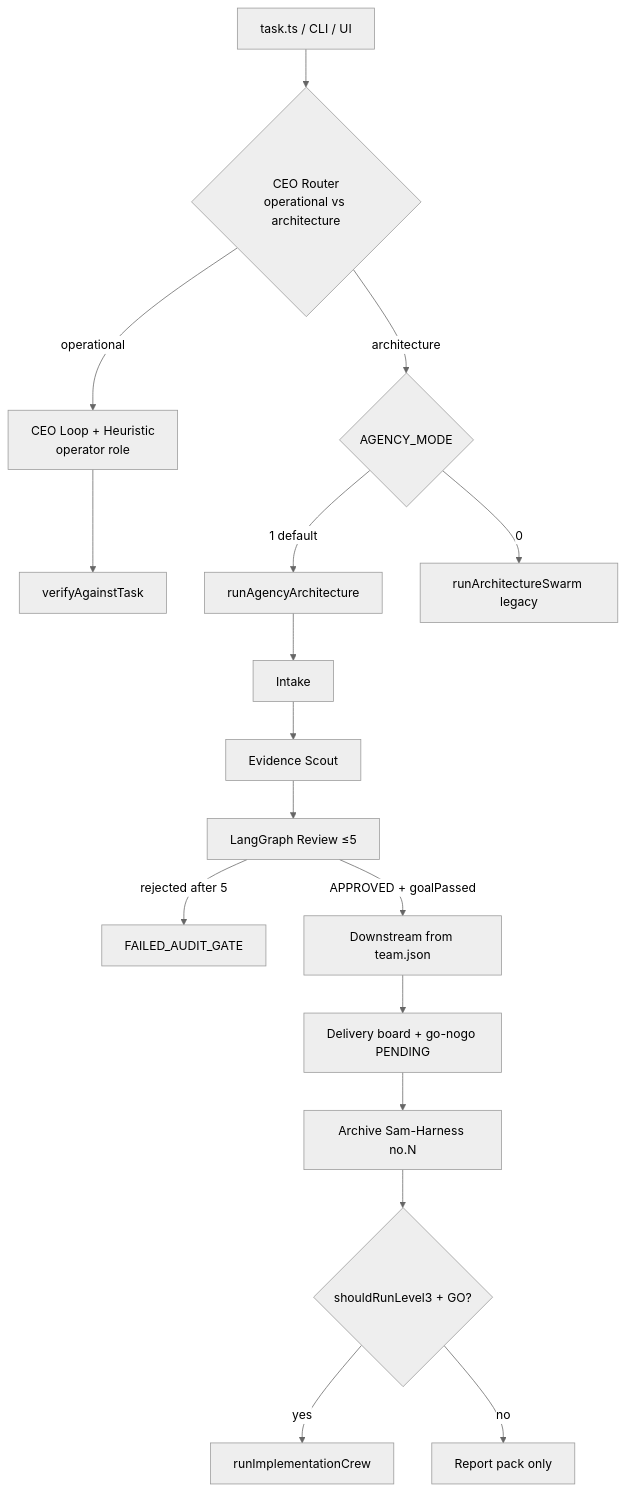
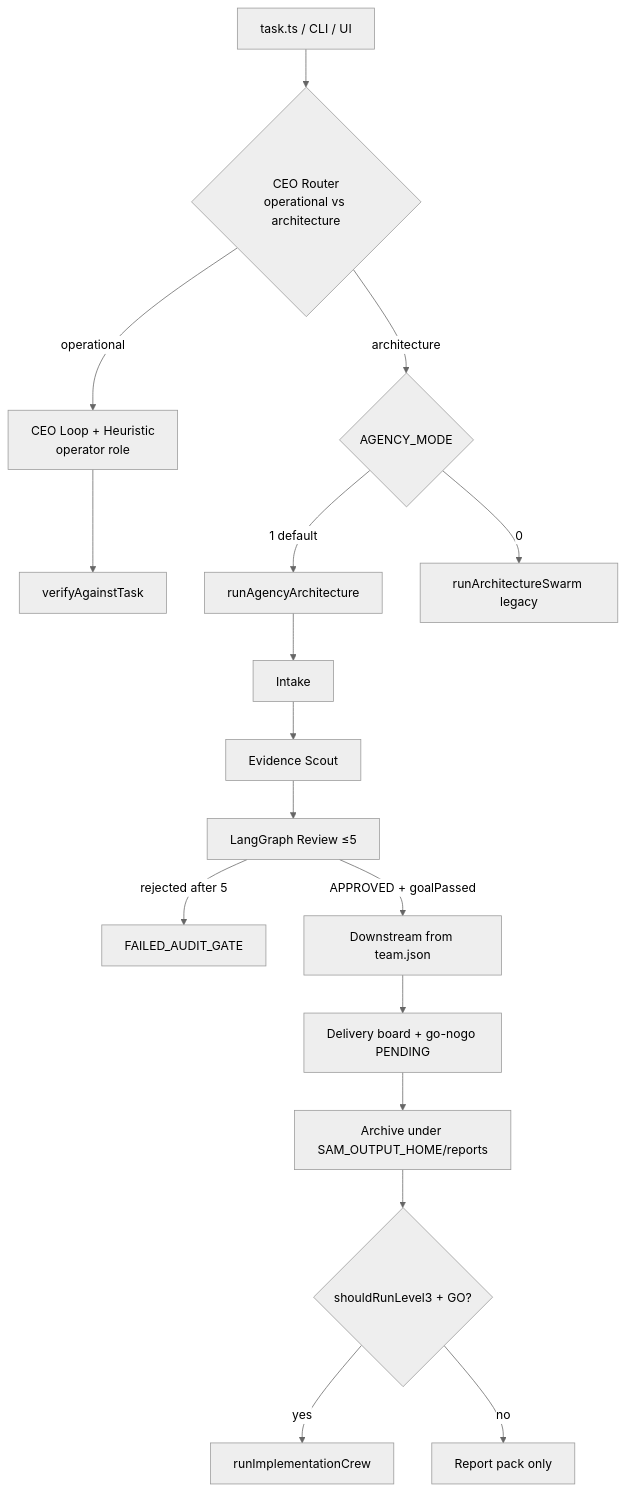
One commit to HFakhry81/Sam-Harness changed the first of 5 diagrams in docs/help/en/workflow.md. Above: the diagram before and after it, drawn with Mermaid (neutral theme). The commit also changed 249 other files, not shown here.

First line of the commit message:
Keep all Sam-Harness run artifacts out of git repos

````diff
--- a/docs/help/en/workflow.md
+++ b/docs/help/en/workflow.md
@@ -31,19 +31,19 @@
 ```mermaid
 flowchart TD
   TASK[task.ts / CLI / UI] --> RTR{CEO Router<br/>operational vs architecture}
   RTR -->|operational| L1[CEO Loop + Heuristic<br/>operator role]
   L1 --> VER[verifyAgainstTask]
   RTR -->|architecture| AMODE{AGENCY_MODE}
   AMODE -->|1 default| AG[runAgencyArchitecture]
   AMODE -->|0| L2[runArchitectureSwarm legacy]
   AG --> IN[Intake]
   IN --> EV[Evidence Scout]
   EV --> RG[LangGraph Review ≤5]
   RG -->|rejected after 5| FAIL[FAILED_AUDIT_GATE]
   RG -->|APPROVED + goalPassed| DOWN[Downstream from team.json]
   DOWN --> DEL[Delivery board + go-nogo PENDING]
-  DEL --> PACK[Archive Sam-Harness no.N]
+  DEL --> PACK[Archive under SAM_OUTPUT_HOME/reports]
   PACK --> L3Q{shouldRunLevel3 + GO?}
   L3Q -->|yes| L3[runImplementationCrew]
   L3Q -->|no| STOP[Report pack only]
 ```
````
